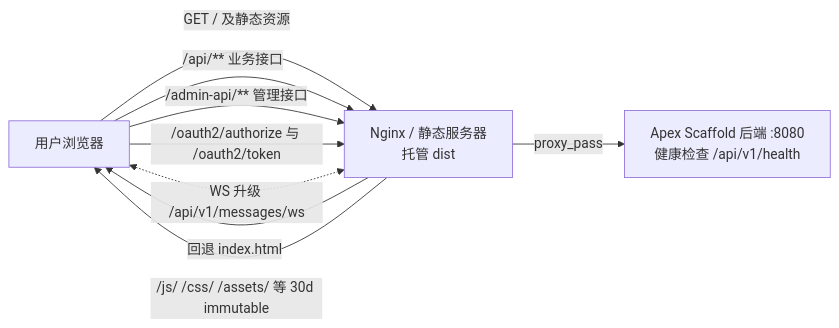
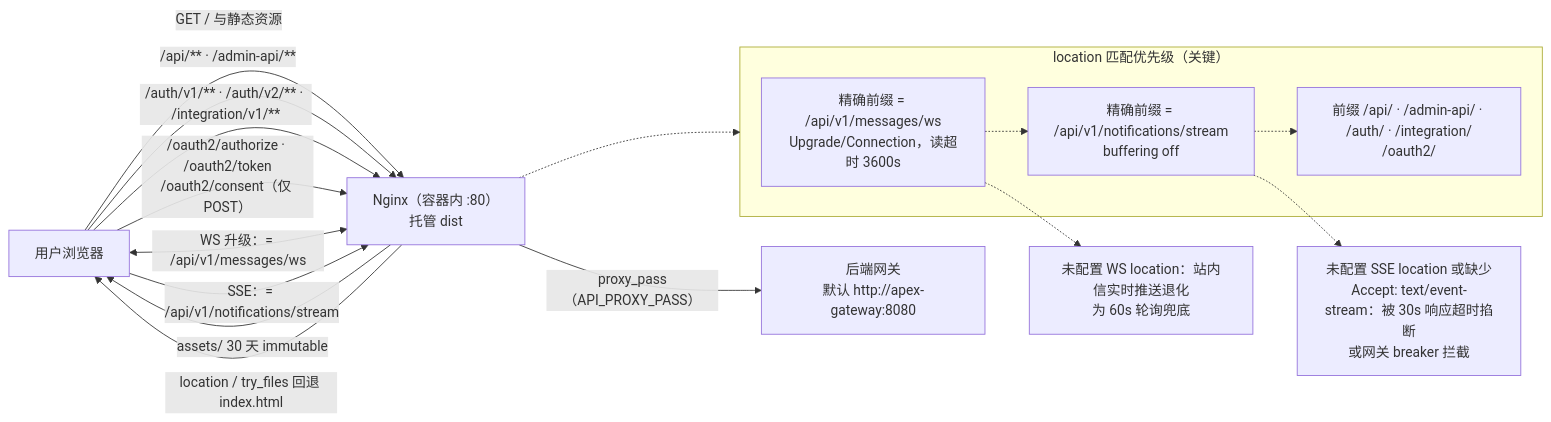
The diagram in docs/diagrams/guides-deployment-01.mmd (apex-cloud-service/apex-admin-web), drawn with Mermaid before and after one commit. The commit also changed 149 other files, not shown here.

First line of the commit message:
docs(governance): FE-033 全仓文档/脚本/配置目录重组与图表重制收口

```diff
--- a/docs/diagrams/guides-deployment-01.mmd
+++ b/docs/diagrams/guides-deployment-01.mmd
@@ -1,9 +1,25 @@
 flowchart LR
-    U[用户浏览器] -->|GET / 及静态资源| N[Nginx / 静态服务器<br/>托管 dist]
-    U -->|/api/** 业务接口| N
-    U -->|/admin-api/** 管理接口| N
-    U -->|/oauth2/authorize 与 /oauth2/token| N
-    U <.->|WS 升级 /api/v1/messages/ws| N
-    N -->|回退 index.html| U
-    N -->|proxy_pass| B[Apex Scaffold 后端 :8080<br/>健康检查 /api/v1/health]
-    N -->|/js/ /css/ /assets/ 等 30d immutable| U
+    U["用户浏览器"] -->|"GET / 与静态资源"| N["Nginx（容器内 :80）<br/>托管 dist"]
+    U -->|"/api/** · /admin-api/**"| N
+    U -->|"/auth/v1/** · /auth/v2/** · /integration/v1/**"| N
+    U -->|"/oauth2/authorize · /oauth2/token<br/>/oauth2/consent（仅 POST）"| N
+    U <-->|"WS 升级：= /api/v1/messages/ws"| N
+    U -->|"SSE：= /api/v1/notifications/stream"| N
+
+    N -->|"assets/ 30 天 immutable"| U
+    N -->|"location / try_files 回退 index.html"| U
+    N -->|"proxy_pass（API_PROXY_PASS）"| B["后端网关<br/>默认 http://apex-gateway:8080"]
+
+    subgraph Order["location 匹配优先级（关键）"]
+        L1["精确前缀 = /api/v1/messages/ws<br/>Upgrade/Connection，读超时 3600s"]
+        L2["精确前缀 = /api/v1/notifications/stream<br/>buffering off"]
+        L3["前缀 /api/ · /admin-api/ · /auth/ · /integration/<br/>/oauth2/"]
+        L1 -.-> L2 -.-> L3
+    end
+
+    N -.-> Order
+
+    Note1["未配置 WS location：站内信实时推送退化<br/>为 60s 轮询兜底"]
+    Note2["未配置 SSE location 或缺少<br/>Accept: text/event-stream：被 30s 响应超时掐断<br/>或网关 breaker 拦截"]
+    L1 -.-> Note1
+    L2 -.-> Note2
```
